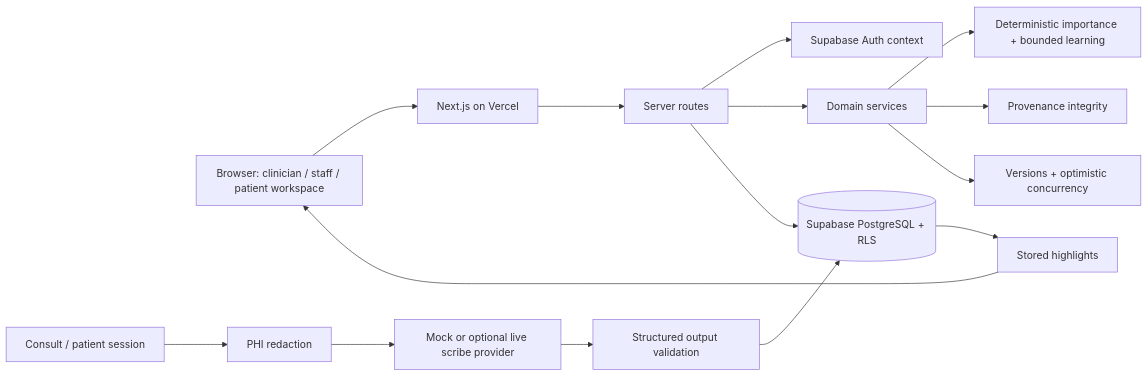
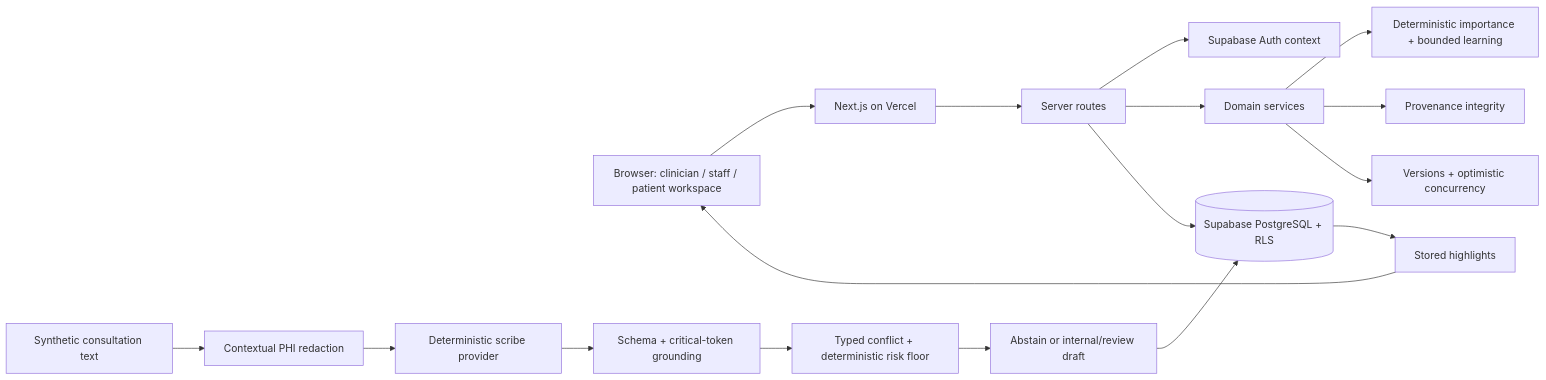
The first of 2 diagrams in docs/TECHNICAL_BRIEF.md (Alan22886/nightingale-care-note), drawn with Mermaid before and after one commit. The commit also changed other lines of this file and 39 other files, not shown here.

````diff
--- a/docs/TECHNICAL_BRIEF.md
+++ b/docs/TECHNICAL_BRIEF.md
@@ -17,17 +17,19 @@
 ```mermaid
 flowchart LR
   UI[Browser: clinician / staff / patient workspace] --> NEXT[Next.js on Vercel]
   NEXT --> API[Server routes]
   API --> AUTH[Supabase Auth context]
   API --> DOMAIN[Domain services]
   DOMAIN --> SCORE[Deterministic importance + bounded learning]
   DOMAIN --> PROV[Provenance integrity]
   DOMAIN --> REV[Versions + optimistic concurrency]
   API --> DB[(Supabase PostgreSQL + RLS)]
-  SOURCE[Consult / patient session] --> REDACT[PHI redaction]
-  REDACT --> PROVIDER[Mock or optional live scribe provider]
-  PROVIDER --> VALIDATE[Structured output validation]
-  VALIDATE --> DB
+  SOURCE[Synthetic consultation text] --> REDACT[Contextual PHI redaction]
+  REDACT --> PROVIDER[Deterministic scribe provider]
+  PROVIDER --> VALIDATE[Schema + critical-token grounding]
+  VALIDATE --> CONFLICT[Typed conflict + deterministic risk floor]
+  CONFLICT --> ABSTAIN[Abstain or internal/review draft]
+  ABSTAIN --> DB
   DB --> PRECOMP[Stored highlights]
   PRECOMP --> UI
 ```
````
